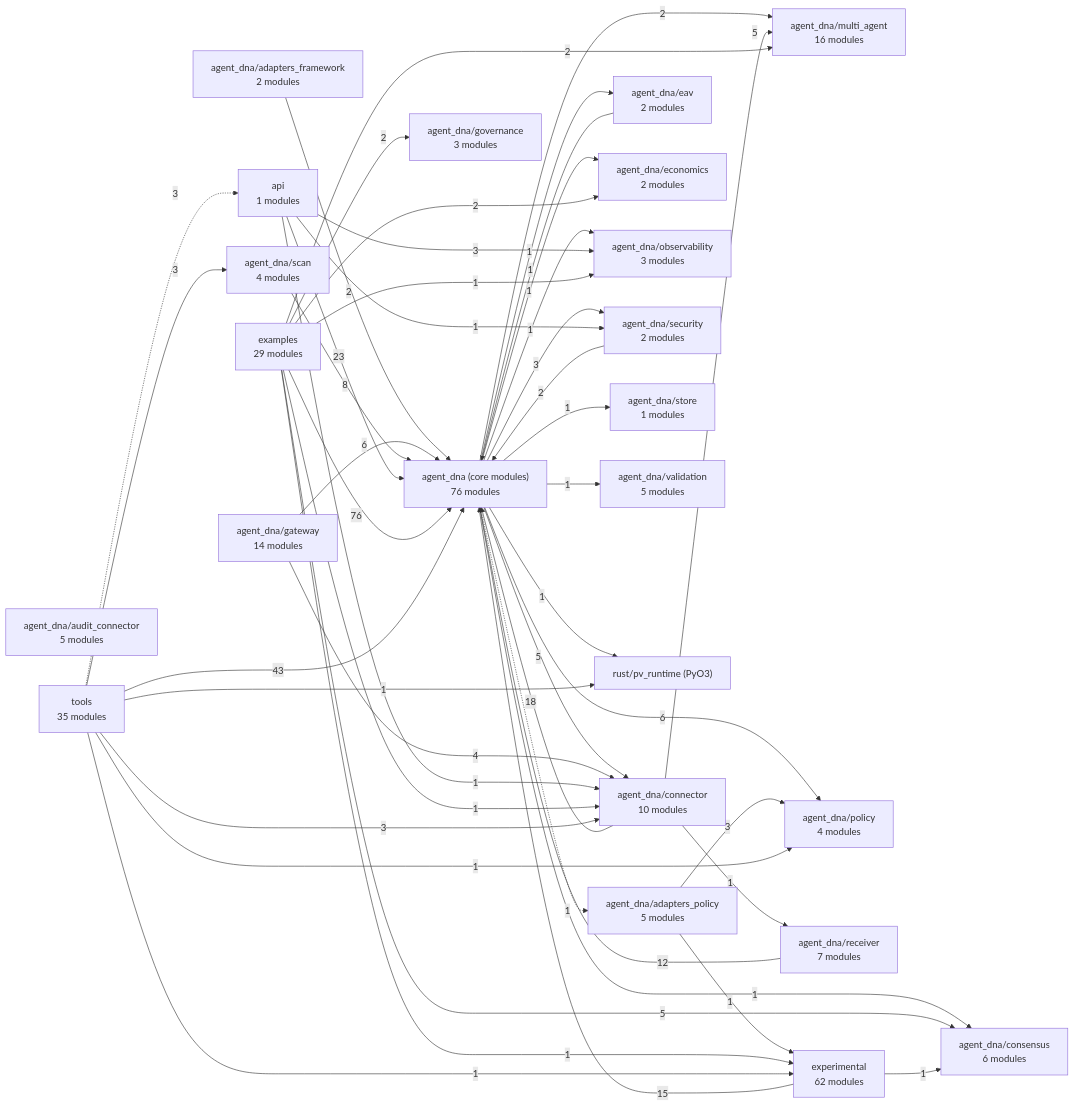
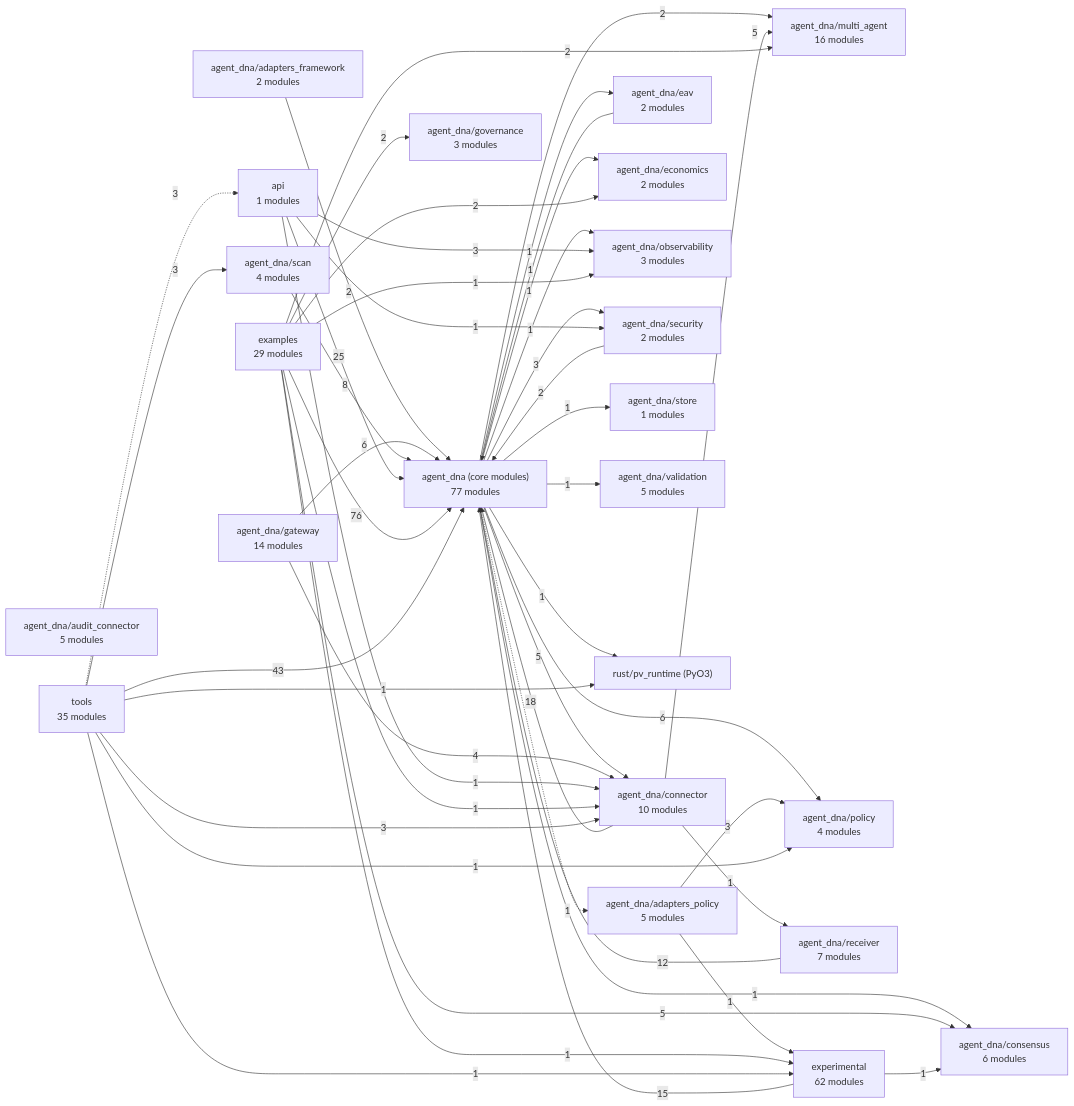
One commit to LOLA0786/privatevault-agent-dna changed the diagram in docs/architecture/MAP.md. Above: the diagram before and after it, drawn with Mermaid. The commit also changed other lines of this file and 18 other files, not shown here.

````diff
--- a/docs/architecture/MAP.md
+++ b/docs/architecture/MAP.md
@@ -7,71 +7,71 @@
 ```mermaid
 flowchart LR
-  n0["agent_dna (core modules)<br/>76 modules"]
+  n0["agent_dna (core modules)<br/>77 modules"]
   n1["agent_dna/adapters_framework<br/>2 modules"]
   n2["agent_dna/adapters_policy<br/>5 modules"]
   n3["agent_dna/audit_connector<br/>5 modules"]
   n4["agent_dna/connector<br/>10 modules"]
   n5["agent_dna/consensus<br/>6 modules"]
   n6["agent_dna/eav<br/>2 modules"]
   n7["agent_dna/economics<br/>2 modules"]
   n8["agent_dna/gateway<br/>14 modules"]
   n9["agent_dna/governance<br/>3 modules"]
   n10["agent_dna/multi_agent<br/>16 modules"]
   n11["agent_dna/observability<br/>3 modules"]
   n12["agent_dna/policy<br/>4 modules"]
   n13["agent_dna/receiver<br/>7 modules"]
   n14["agent_dna/scan<br/>4 modules"]
   n15["agent_dna/security<br/>2 modules"]
   n16["agent_dna/store<br/>1 modules"]
   n17["agent_dna/validation<br/>5 modules"]
   n18["api<br/>1 modules"]
   n19["examples<br/>29 modules"]
   n20["experimental<br/>62 modules"]
   n21["rust/pv_runtime (PyO3)"]
   n22["tools<br/>35 modules"]
   n0 -.->|1| n2
   n0 -->|5| n4
   n0 -->|1| n5
   n0 -->|1| n6
   n0 -->|1| n7
   n0 -->|2| n10
   n0 -->|1| n11
   n0 -->|6| n12
   n0 -->|3| n15
   n0 -->|1| n16
   n0 -->|1| n17
   n0 -->|1| n21
   n1 -->|2| n0
   n2 -->|3| n12
   n2 -->|1| n20
   n4 -->|18| n0
   n4 -->|5| n10
   n4 -->|1| n13
   n6 -->|1| n0
   n8 -->|6| n0
   n8 -->|4| n4
   n13 -->|12| n0
   n14 -->|8| n0
   n15 -->|2| n0
-  n18 -->|23| n0
+  n18 -->|25| n0
   n18 -->|1| n4
   n18 -->|3| n11
   n18 -->|1| n15
   n19 -->|76| n0
   n19 -->|1| n4
   n19 -->|5| n5
   n19 -->|2| n7
   n19 -->|2| n9
   n19 -->|2| n10
   n19 -->|1| n11
   n19 -->|1| n20
   n20 -->|15| n0
   n20 -->|1| n5
   n22 -->|43| n0
   n22 -->|3| n4
   n22 -->|1| n12
   n22 -->|3| n14
   n22 -.->|3| n18
   n22 -->|1| n20
   n22 -->|1| n21
 ```
````
